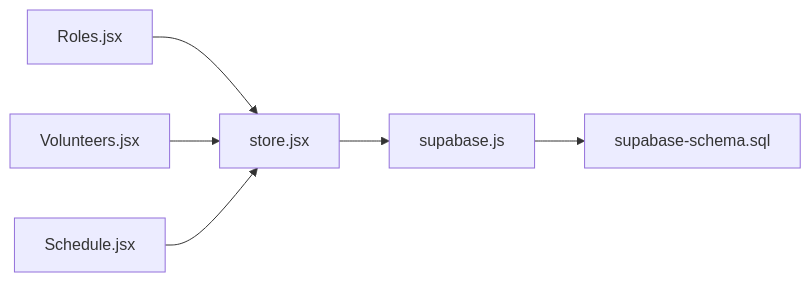
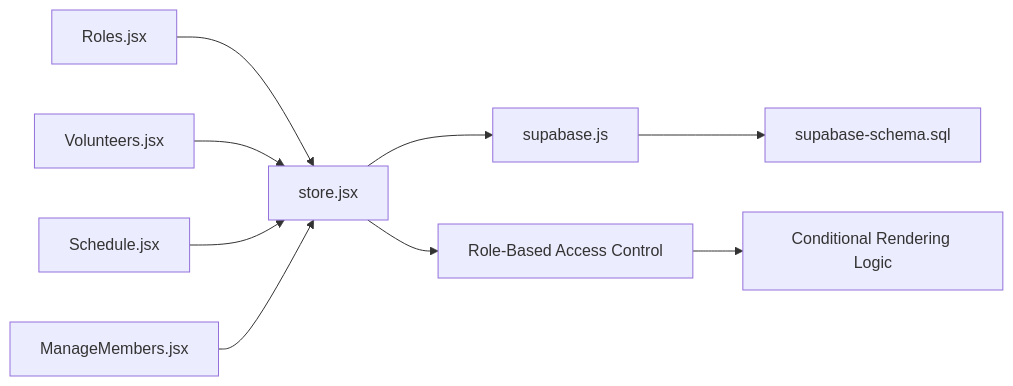
One commit to netdaniel/serveflow changed diagram 11 of 11 in .qoder/repowiki/en/content/Volunteer Management System/Role Assignment System.md. Above: the diagram before and after it, drawn with Mermaid. The commit also changed other lines of this file and 15 other files, not shown here.

````diff
--- a/.qoder/repowiki/en/content/Volunteer Management System/Role Assignment System.md
+++ b/.qoder/repowiki/en/content/Volunteer Management System/Role Assignment System.md
@@ -392,8 +508,11 @@
 ```mermaid
 graph LR
 RolesPage["Roles.jsx"] --> Store["store.jsx"]
 VolunteersPage["Volunteers.jsx"] --> Store
 SchedulePage["Schedule.jsx"] --> Store
+ManageMembersPage["ManageMembers.jsx"] --> Store
 Store --> Supabase["supabase.js"]
 Supabase --> Schema["supabase-schema.sql"]
+Store --> AccessControl["Role-Based Access Control"]
+AccessControl --> ConditionalRendering["Conditional Rendering Logic"]
 ```
````
